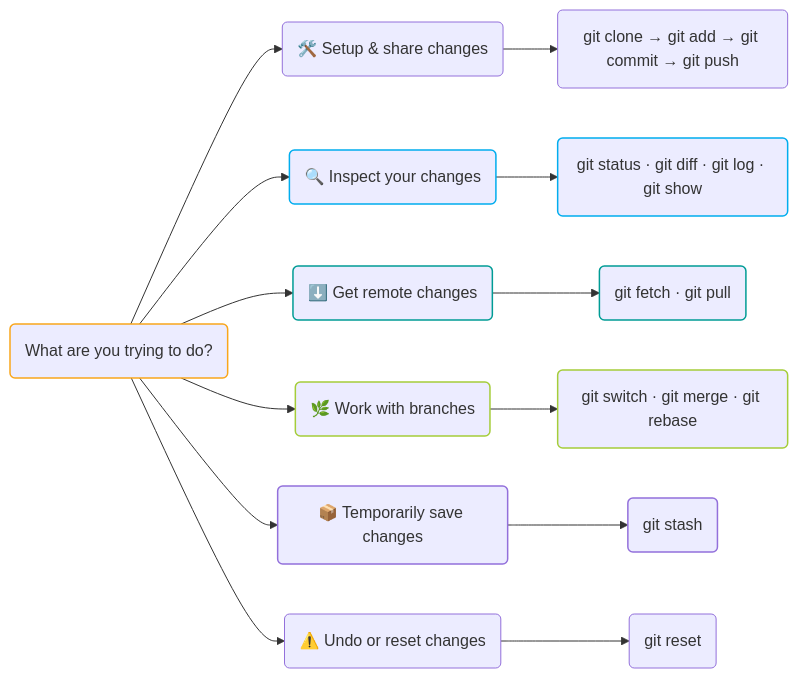
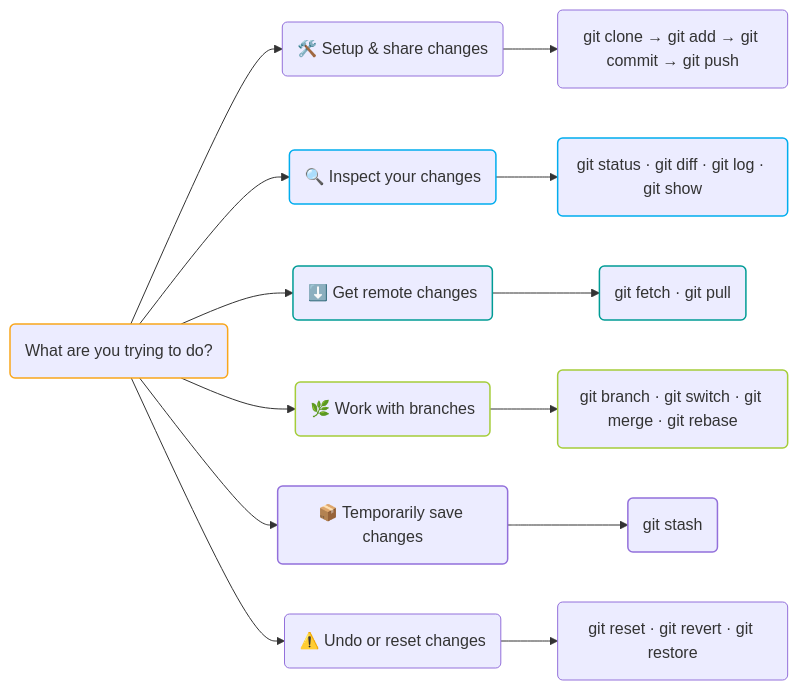
One commit to ACCESS-NRI/ACCESS-Hive-Docs changed the first of 4 diagrams in docs/getting_started/essential_git.md. Above: the diagram before and after it, drawn with Mermaid. The commit also changed other lines of this file, not shown here.

````diff
--- a/docs/getting_started/essential_git.md
+++ b/docs/getting_started/essential_git.md
@@ -24,40 +24,40 @@
 ```mermaid
 flowchart LR
     A("What are you trying to do?")
 
     A --> B("🛠️ Setup & share changes")
     A --> C("🔍 Inspect your changes")
     A --> D("⬇️ Get remote changes")
     A --> E("🌿 Work with branches")
     A --> F("📦 Temporarily save changes")
     A --> G("⚠️ Undo or reset changes")
 
     B --> B1("git clone → git add → git commit → git push")
     C --> C1("git status · git diff · git log · git show")
     D --> D1("git fetch · git pull")
-    E --> E1("git switch · git merge · git rebase")
+    E --> E1("git branch · git switch · git merge · git rebase")
     F --> F1("git stash")
-    G --> G1("git reset")
+    G --> G1("git reset · git revert · git restore")
 
     classDef primary stroke:#F9A61C,stroke-width:1.5px
     classDef setup stroke:#005B94,stroke-width:1.5px
     classDef inspect stroke:#01ADEE,stroke-width:1.5px
     classDef update stroke:#009C95,stroke-width:1.5px
     classDef branch stroke:#A5CD3A,stroke-width:1.5px
     classDef stash stroke:#9370DB,stroke-width:1.5px
     classDef reset stroke:#D9534F,stroke-width:1.5px
 
     %% Category links
     click B href "#setup-share-changes"
     click C href "#inspect-your-changes"
     click D href "#get-remote-changes"
     click E href "#work-with-branches"
     click F href "#temporarily-save-changes"
     click G href "#undo-or-reset-changes"
 
     class A primary
     class C,C1 inspect
     class D,D1 update
     class E,E1 branch
     class F,F1 stash
 ```
````
